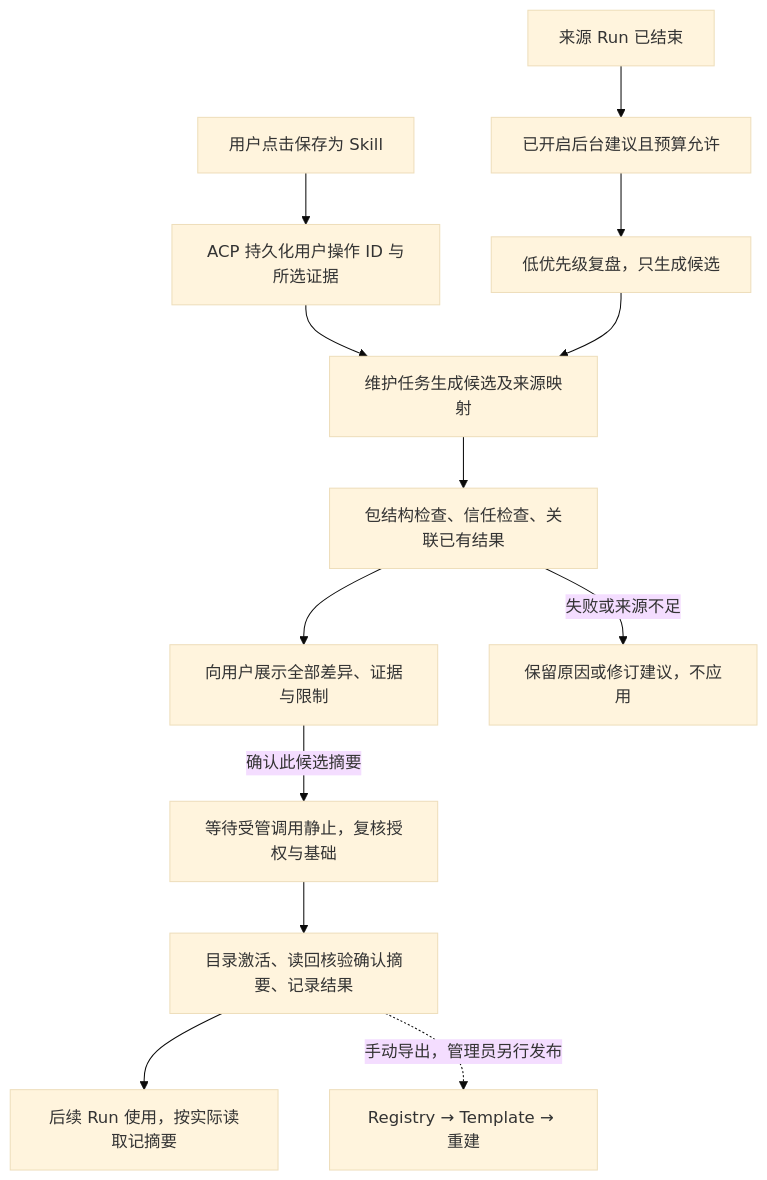
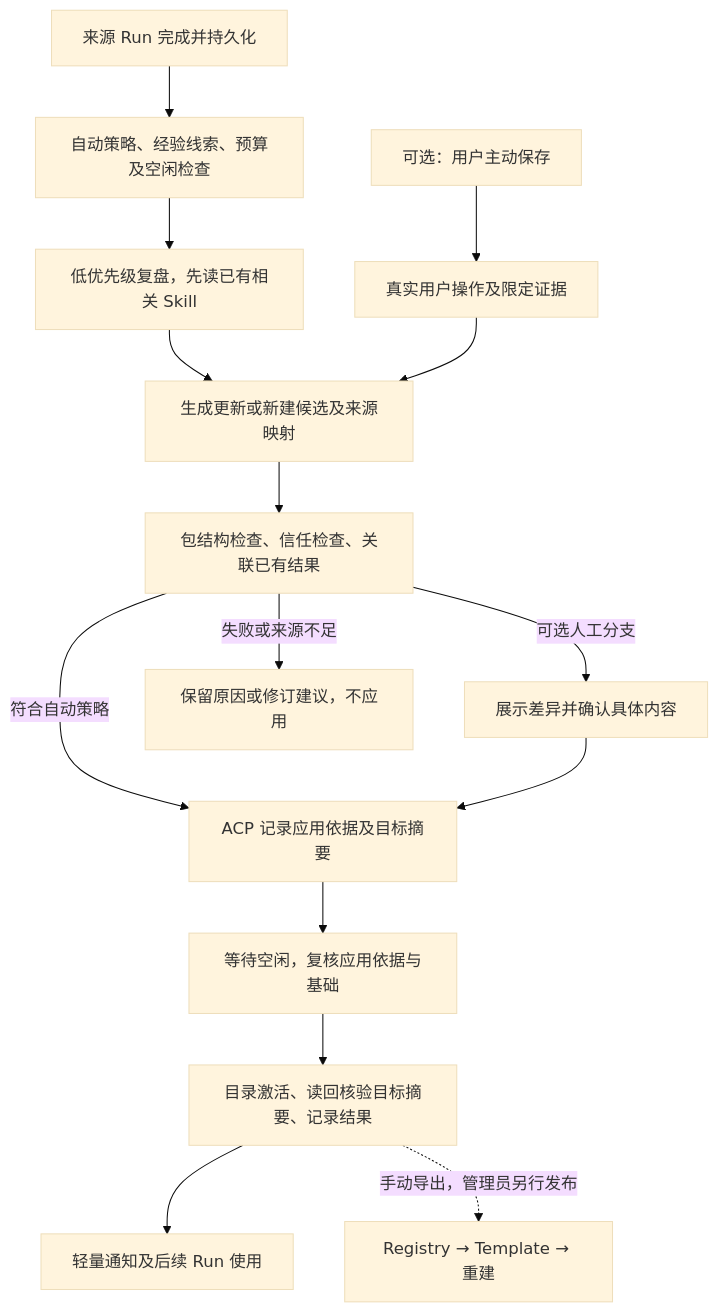
Before and after one commit to tf4fun/antnest-platform: the diagram in docs/skill-learning-design.md, drawn with Mermaid (base theme). The commit also changed other lines of this file and 481 other files, not shown here.

````diff
--- a/docs/skill-learning-design.md
+++ b/docs/skill-learning-design.md
@@ -218,15 +281,17 @@
 ```mermaid
 flowchart TD
-    U["用户点击保存为 Skill"] --> E["ACP 持久化用户操作 ID 与所选证据"]
-    E --> C["维护任务生成候选及来源映射"]
-    R["来源 Run 已结束"] --> T["已开启后台建议且预算允许"]
-    T --> J["低优先级复盘，只生成候选"]
-    J --> C
+    R["来源 Run 完成并持久化"] --> T["自动策略、经验线索、预算及空闲检查"]
+    T --> J["低优先级复盘，先读已有相关 Skill"]
+    J --> C["生成更新或新建候选及来源映射"]
     C --> V["包结构检查、信任检查、关联已有结果"]
-    V --> D["向用户展示全部差异、证据与限制"]
-    D -->|"确认此候选摘要"| W["等待受管调用静止，复核授权与基础"]
-    W --> A["目录激活、读回核验确认摘要、记录结果"]
-    A --> N["后续 Run 使用，按实际读取记摘要"]
-    V -->|"失败或来源不足"| P["保留原因或修订建议，不应用"]
+    V -->|"符合自动策略"| P["ACP 记录应用依据及目标摘要"]
+    V -->|"可选人工分支"| D["展示差异并确认具体内容"]
+    D --> P
+    P --> W["等待空闲，复核应用依据与基础"]
+    W --> A["目录激活、读回核验目标摘要、记录结果"]
+    A --> N["轻量通知及后续 Run 使用"]
+    V -->|"失败或来源不足"| Q["保留原因或修订建议，不应用"]
+    U["可选：用户主动保存"] --> E["真实用户操作及限定证据"]
+    E --> C
     A -. "手动导出，管理员另行发布" .-> S["Registry → Template → 重建"]
 ```
````
